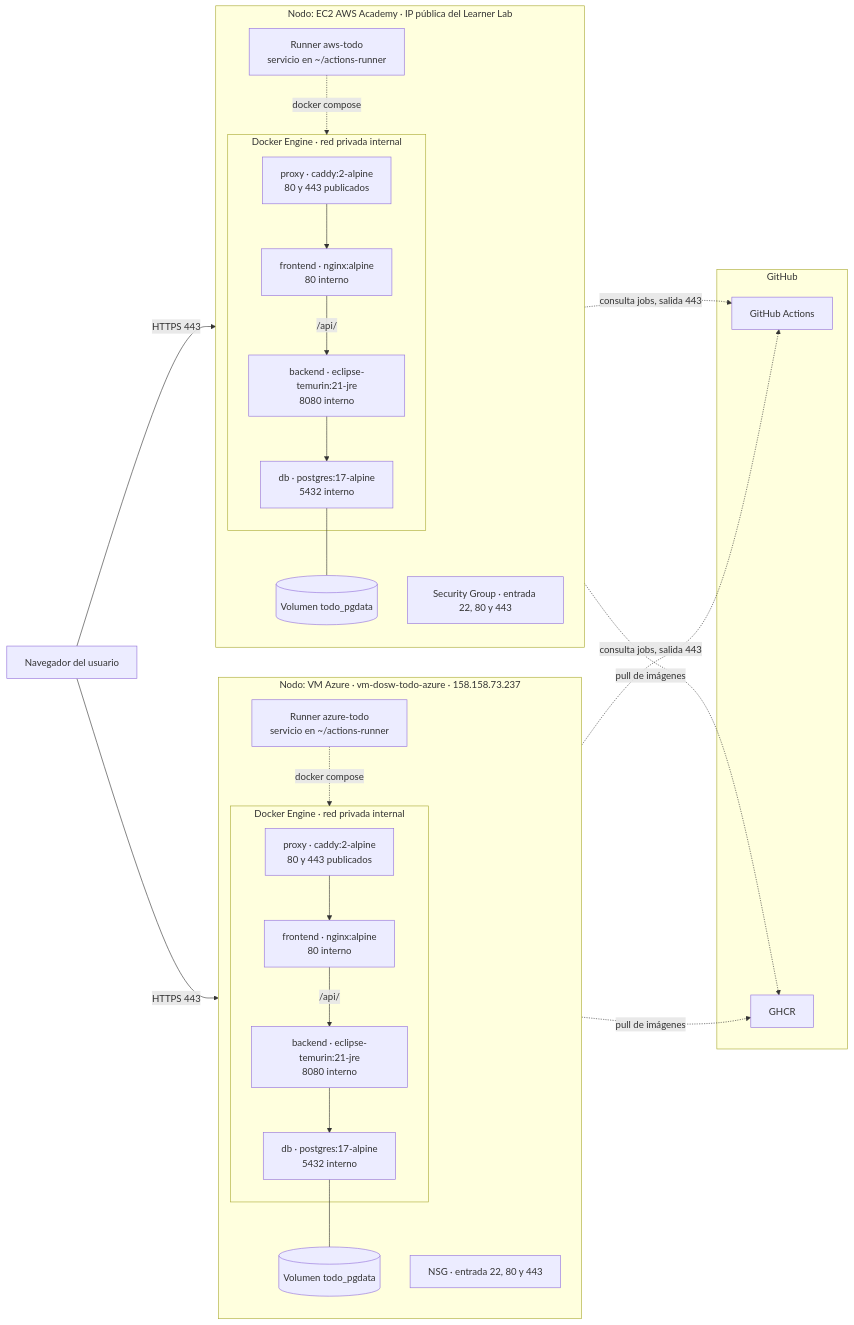
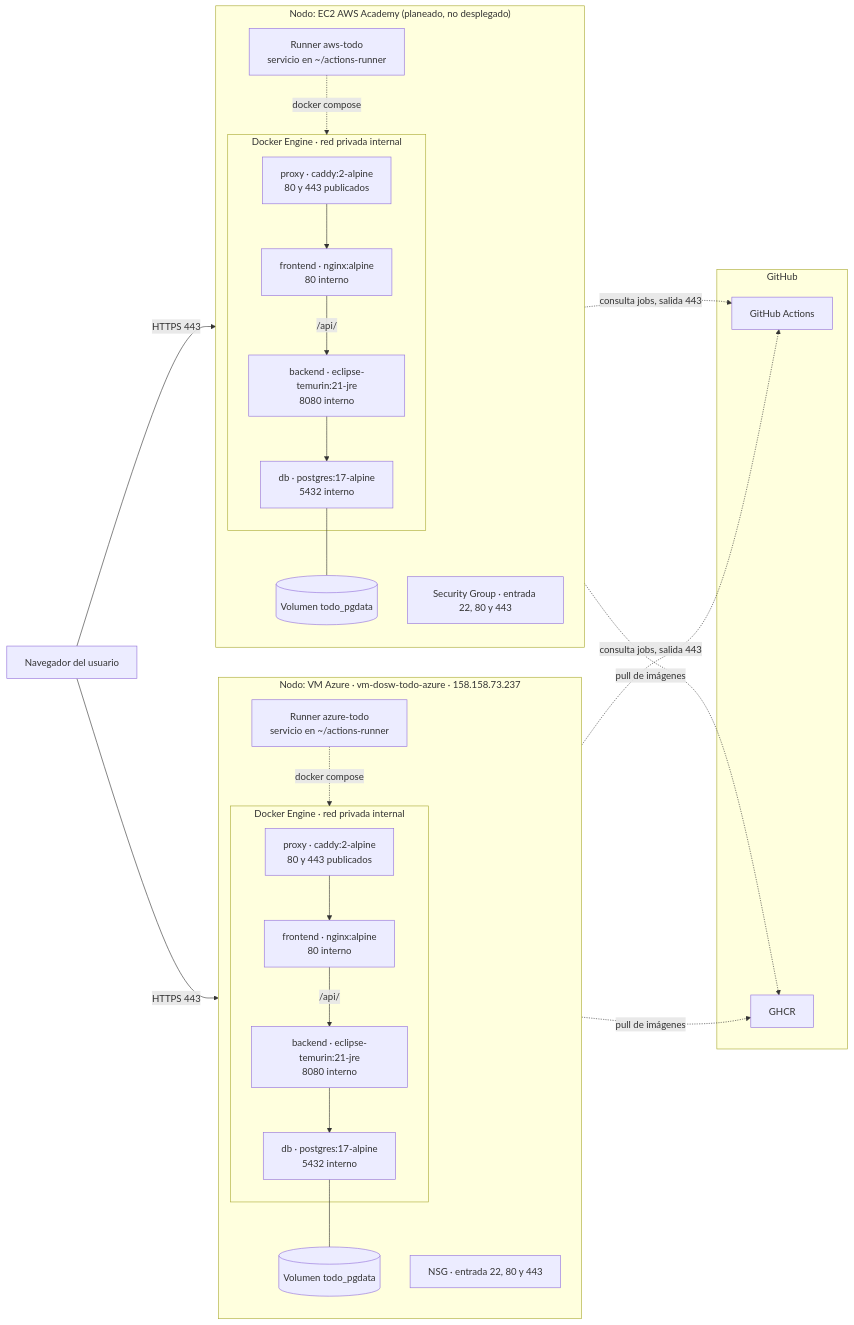
One commit to DOSW-2026-GAIA/DOSW_LAB7_Tovar_Solano_Rodriguez changed the tenth of 11 diagrams in README.md. Above: the diagram before and after it, drawn with Mermaid. The commit also changed other lines of this file and 1 other file, not shown here.

````diff
--- a/README.md
+++ b/README.md
@@ -731,53 +731,53 @@
 ```mermaid
 flowchart LR
     browser["Navegador del usuario"]
 
     subgraph github["GitHub"]
         actions["GitHub Actions"]
         ghcr["GHCR"]
     end
 
     subgraph vm["Nodo: VM Azure · vm-dosw-todo-azure · 158.158.73.237"]
         direction TB
         nsg["NSG · entrada 22, 80 y 443"]
         azr["Runner azure-todo<br/>servicio en ~/actions-runner"]
         subgraph azdocker["Docker Engine · red privada internal"]
             azp["proxy · caddy:2-alpine<br/>80 y 443 publicados"]
             azf["frontend · nginx:alpine<br/>80 interno"]
             azb["backend · eclipse-temurin:21-jre<br/>8080 interno"]
             azd["db · postgres:17-alpine<br/>5432 interno"]
         end
         azv[("Volumen todo_pgdata")]
     end
 
-    subgraph ec2["Nodo: EC2 AWS Academy · IP pública del Learner Lab"]
+    subgraph ec2["Nodo: EC2 AWS Academy (planeado, no desplegado)"]
         direction TB
         sg["Security Group · entrada 22, 80 y 443"]
         awr["Runner aws-todo<br/>servicio en ~/actions-runner"]
         subgraph awsdocker["Docker Engine · red privada internal"]
             awp["proxy · caddy:2-alpine<br/>80 y 443 publicados"]
             awf["frontend · nginx:alpine<br/>80 interno"]
             awb["backend · eclipse-temurin:21-jre<br/>8080 interno"]
             awd["db · postgres:17-alpine<br/>5432 interno"]
         end
         awv[("Volumen todo_pgdata")]
     end
 
     browser -->|"HTTPS 443"| azp
     browser -->|"HTTPS 443"| awp
     azp --> azf
     azf -->|"/api/"| azb
     azb --> azd
     azd --- azv
     awp --> awf
     awf -->|"/api/"| awb
     awb --> awd
     awd --- awv
 
     azr -.->|"consulta jobs, salida 443"| actions
     awr -.->|"consulta jobs, salida 443"| actions
     azr -.->|"pull de imágenes"| ghcr
     awr -.->|"pull de imágenes"| ghcr
     azr -.->|"docker compose"| azdocker
     awr -.->|"docker compose"| awsdocker
 ```
````
